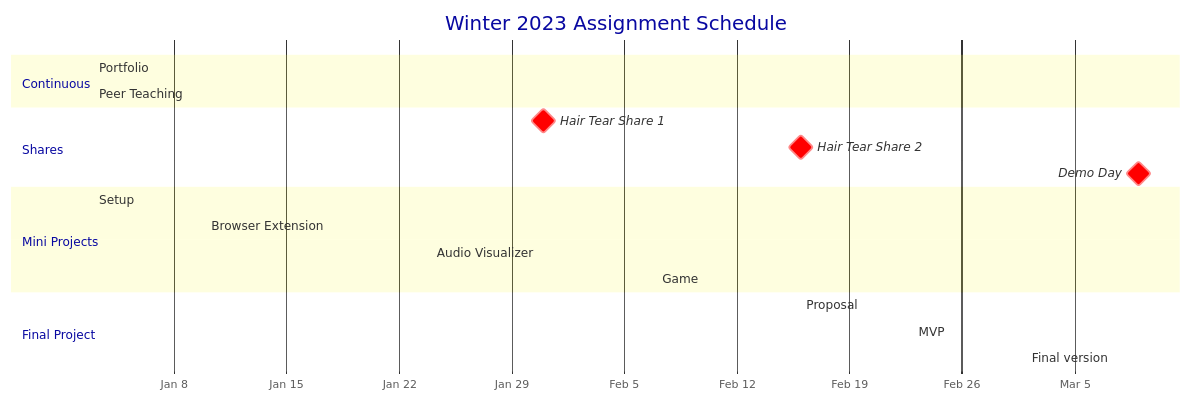
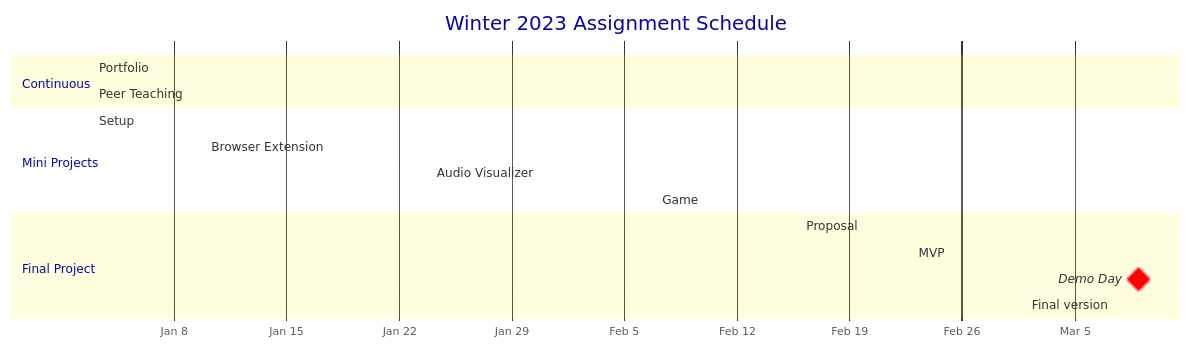
One commit to branchwelder/web-technologies changed the diagram in README.md. Above: the diagram before and after it, drawn with Mermaid. The commit also changed other lines of this file and 1 other file, not shown here.

````diff
--- a/README.md
+++ b/README.md
@@ -23,40 +25,36 @@
 ```mermaid
 %%{
   init: {
     'theme': 'base',
     'gantt': {
         'numberSectionStyles': '2'
     },
     'themeVariables': {
       'fontFamily': 'monospace',
       'primaryColor': '#8c9aee',
       'primaryBorderColor': '#3C56E2',
       'tertiaryColor': '#f7f75e'
     }
   }
 }%%
 
 gantt
 title Winter 2023 Assignment Schedule
 axisFormat  %b %e
 
 section Continuous
 Portfolio             :active,          prf, 2023-01-03, 2023-03-17
 Peer Teaching         :active,          pte, 2023-01-03, 2023-03-17
 
-section Shares
-Hair Tear Share 1     :milestone, crit, hts, 2023-01-31, 0d
-Hair Tear Share 2     :milestone, crit, hts, 2023-02-16, 0d
-Demo Day              :milestone, crit, dem, 2023-03-09, 0d
-
 section Mini Projects
 Setup                 :active,          mp0, 2023-01-03, 2023-01-10
 Browser Extension     :                 mp1, 2023-01-10, 2023-01-24
 Audio Visualizer      :                 mp2, 2023-01-24, 2023-02-07
 Game                  :                 mp3, 2023-02-07, 2023-02-21
 
 section Final Project
 Proposal              :                 fp0, 2023-02-16, 2023-02-23
 MVP                   :                 fp1, 2023-02-23, 2023-03-02
+Demo Day              :milestone, crit, dem, 2023-03-09, 0d
 Final version         :                 fp2, 2023-03-02, 2023-03-17
 ```
````
